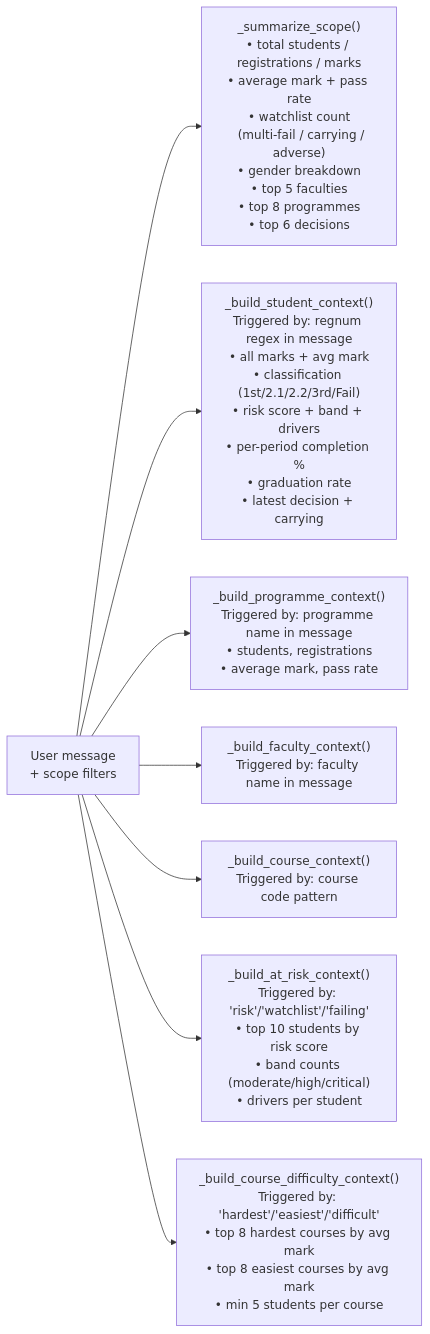
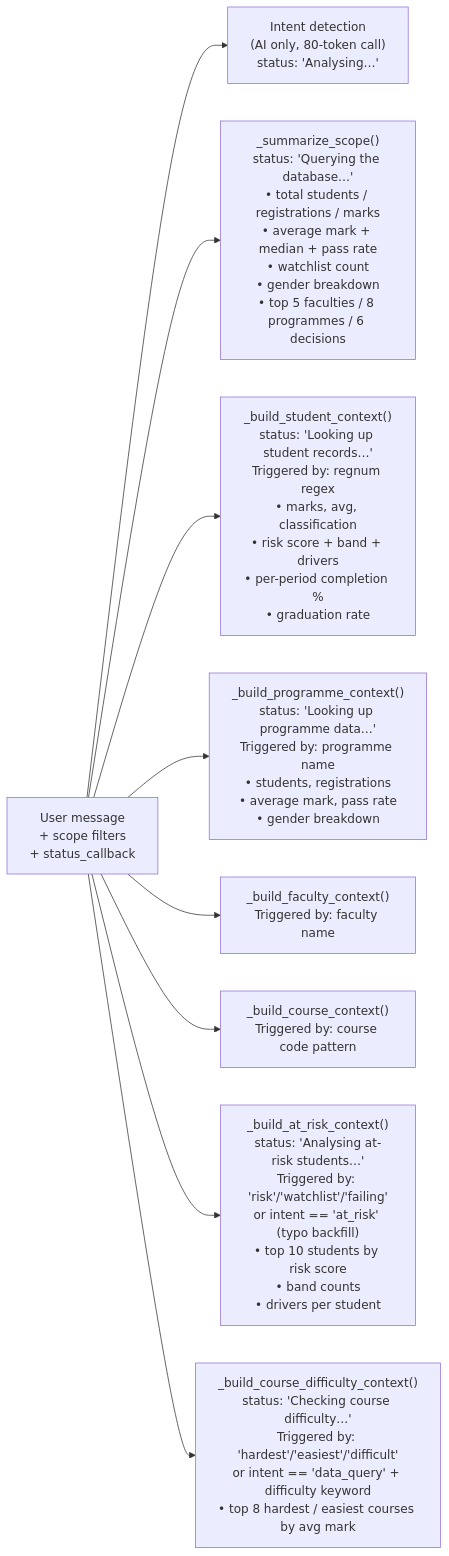
Before and after one commit to SeanM04/register_platform: the fourth of 5 diagrams in docs/CHATBOT.md, drawn with Mermaid. The commit also changed other lines of this file and 13 other files, not shown here.

````diff
--- a/docs/CHATBOT.md
+++ b/docs/CHATBOT.md
@@ -223,18 +253,19 @@
 ```mermaid
 flowchart LR
-    MSG["User message\n+ scope filters"]
+    MSG["User message\n+ scope filters\n+ status_callback"]
 
-    MSG --> SCOPE["_summarize_scope()\n• total students / registrations / marks\n• average mark + pass rate\n• watchlist count\n  (multi-fail / carrying / adverse)\n• gender breakdown\n• top 5 faculties\n• top 8 programmes\n• top 6 decisions"]
+    MSG --> INTENT["Intent detection\n(AI only, 80-token call)\nstatus: 'Analysing…'"]
+    MSG --> SCOPE["_summarize_scope()\nstatus: 'Querying the database…'\n• total students / registrations / marks\n• average mark + median + pass rate\n• watchlist count\n• gender breakdown\n• top 5 faculties / 8 programmes / 6 decisions"]
 
-    MSG --> STUDENT["_build_student_context()\nTriggered by: regnum regex in message\n• all marks + avg mark\n• classification (1st/2.1/2.2/3rd/Fail)\n• risk score + band + drivers\n• per-period completion %\n• graduation rate\n• latest decision + carrying"]
+    MSG --> STUDENT["_build_student_context()\nstatus: 'Looking up student records…'\nTriggered by: regnum regex\n• marks, avg, classification\n• risk score + band + drivers\n• per-period completion %\n• graduation rate"]
 
-    MSG --> PROG["_build_programme_context()\nTriggered by: programme name in message\n• students, registrations\n• average mark, pass rate"]
+    MSG --> PROG["_build_programme_context()\nstatus: 'Looking up programme data…'\nTriggered by: programme name\n• students, registrations\n• average mark, pass rate\n• gender breakdown"]
 
-    MSG --> FAC["_build_faculty_context()\nTriggered by: faculty name in message"]
+    MSG --> FAC["_build_faculty_context()\nTriggered by: faculty name"]
 
     MSG --> COURSE["_build_course_context()\nTriggered by: course code pattern"]
 
-    MSG --> ATRISK["_build_at_risk_context()\nTriggered by: 'risk'/'watchlist'/'failing'\n• top 10 students by risk score\n• band counts (moderate/high/critical)\n• drivers per student"]
+    MSG --> ATRISK["_build_at_risk_context()\nstatus: 'Analysing at-risk students…'\nTriggered by: 'risk'/'watchlist'/'failing'\nor intent == 'at_risk' (typo backfill)\n• top 10 students by risk score\n• band counts\n• drivers per student"]
 
-    MSG --> DIFF["_build_course_difficulty_context()\nTriggered by: 'hardest'/'easiest'/'difficult'\n• top 8 hardest courses by avg mark\n• top 8 easiest courses by avg mark\n• min 5 students per course"]
+    MSG --> DIFF["_build_course_difficulty_context()\nstatus: 'Checking course difficulty…'\nTriggered by: 'hardest'/'easiest'/'difficult'\nor intent == 'data_query' + difficulty keyword\n• top 8 hardest / easiest courses by avg mark"]
 ```
````
